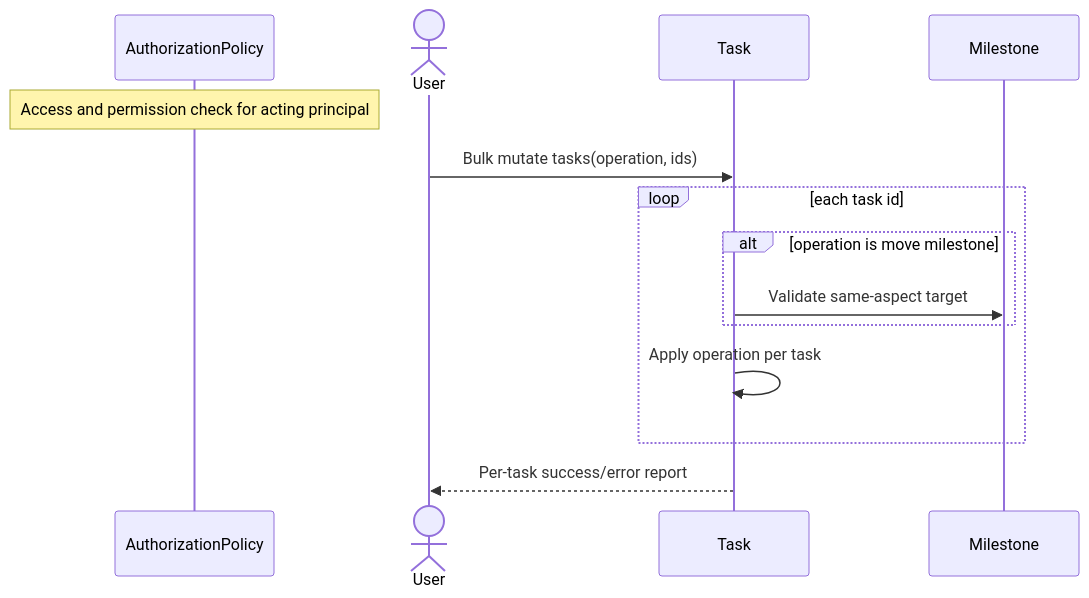
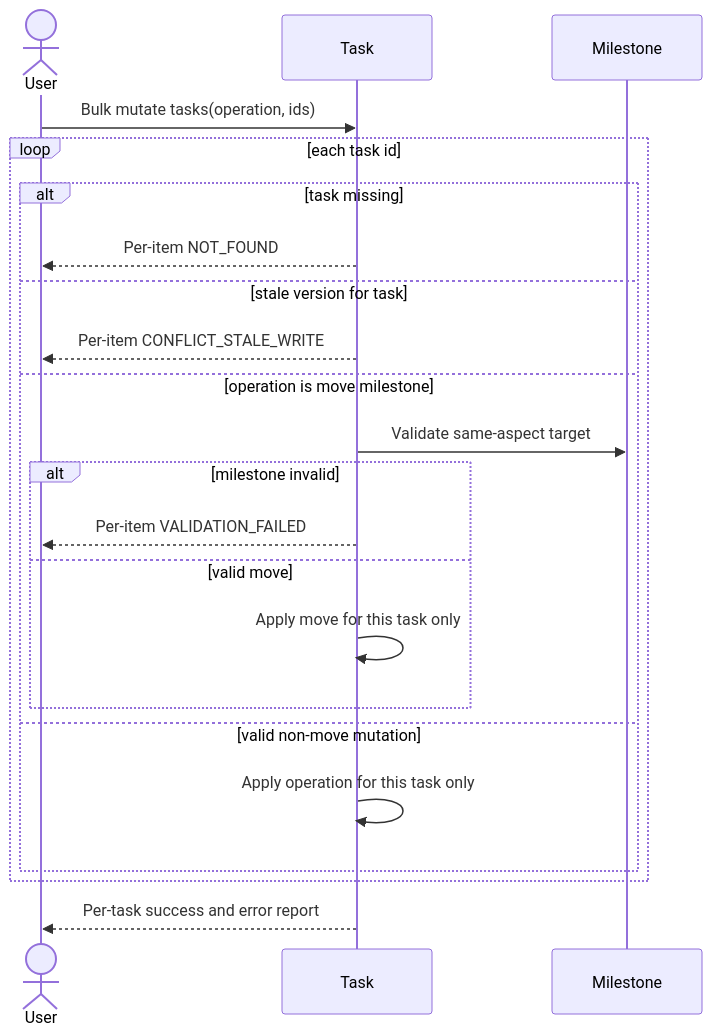
One commit to ChidiRnweke/margin changed the ninth of 15 diagrams in architecture/sequence-diagrams/03-tasks-recurrence.md. Above: the diagram before and after it, drawn with Mermaid. The commit also changed other lines of this file and 12 other files, not shown here.

Commit message:
Enhance sequence diagrams and introduce traceability matrix

````diff
--- a/architecture/sequence-diagrams/03-tasks-recurrence.md
+++ b/architecture/sequence-diagrams/03-tasks-recurrence.md
@@ -144,16 +211,24 @@
 ```mermaid
 sequenceDiagram
-    participant G as AuthorizationPolicy
-    Note over G: Access and permission check for acting principal
     actor U as User
     participant T as Task
     participant M as Milestone
     U->>T: Bulk mutate tasks(operation, ids)
     loop each task id
-      alt operation is move milestone
-        T->>M: Validate same-aspect target
-      end
-      T->>T: Apply operation per task
+        alt task missing
+            T-->>U: Per-item NOT_FOUND
+        else stale version for task
+            T-->>U: Per-item CONFLICT_STALE_WRITE
+        else operation is move milestone
+            T->>M: Validate same-aspect target
+            alt milestone invalid
+                T-->>U: Per-item VALIDATION_FAILED
+            else valid move
+                T->>T: Apply move for this task only
+            end
+        else valid non-move mutation
+            T->>T: Apply operation for this task only
+        end
     end
-    T-->>U: Per-task success/error report
+    T-->>U: Per-task success and error report
 ```
````
